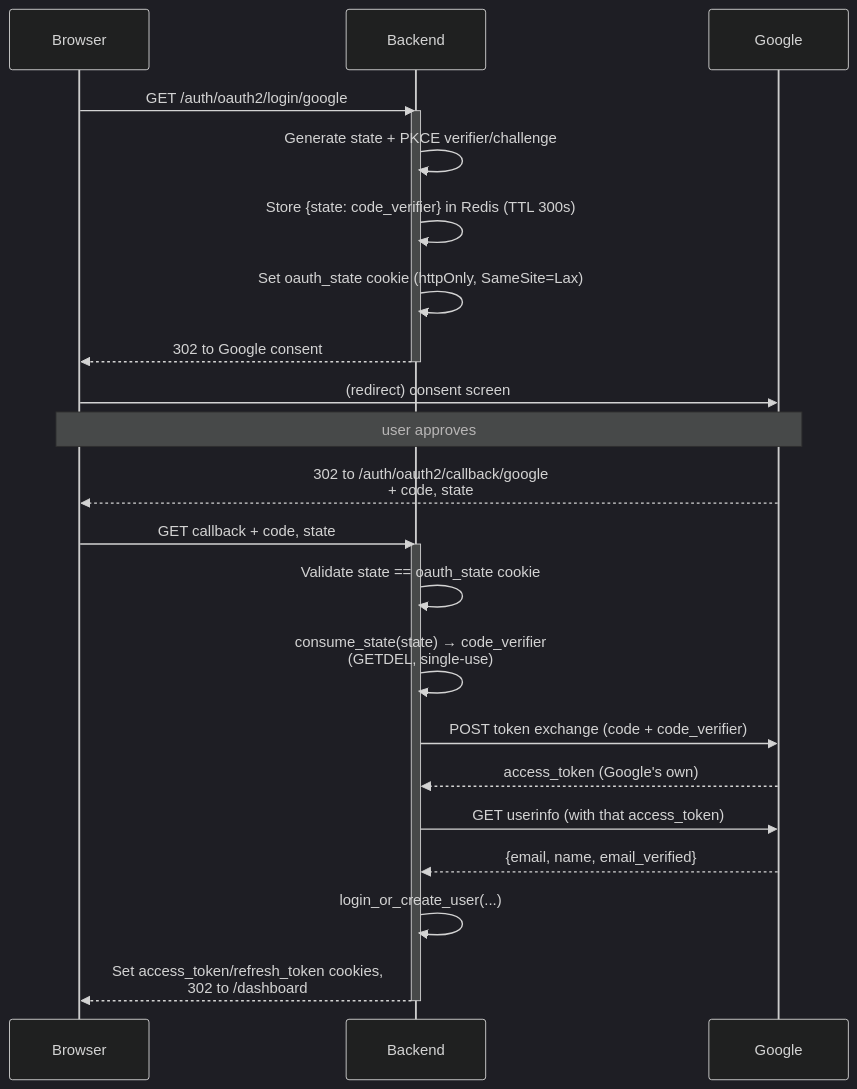
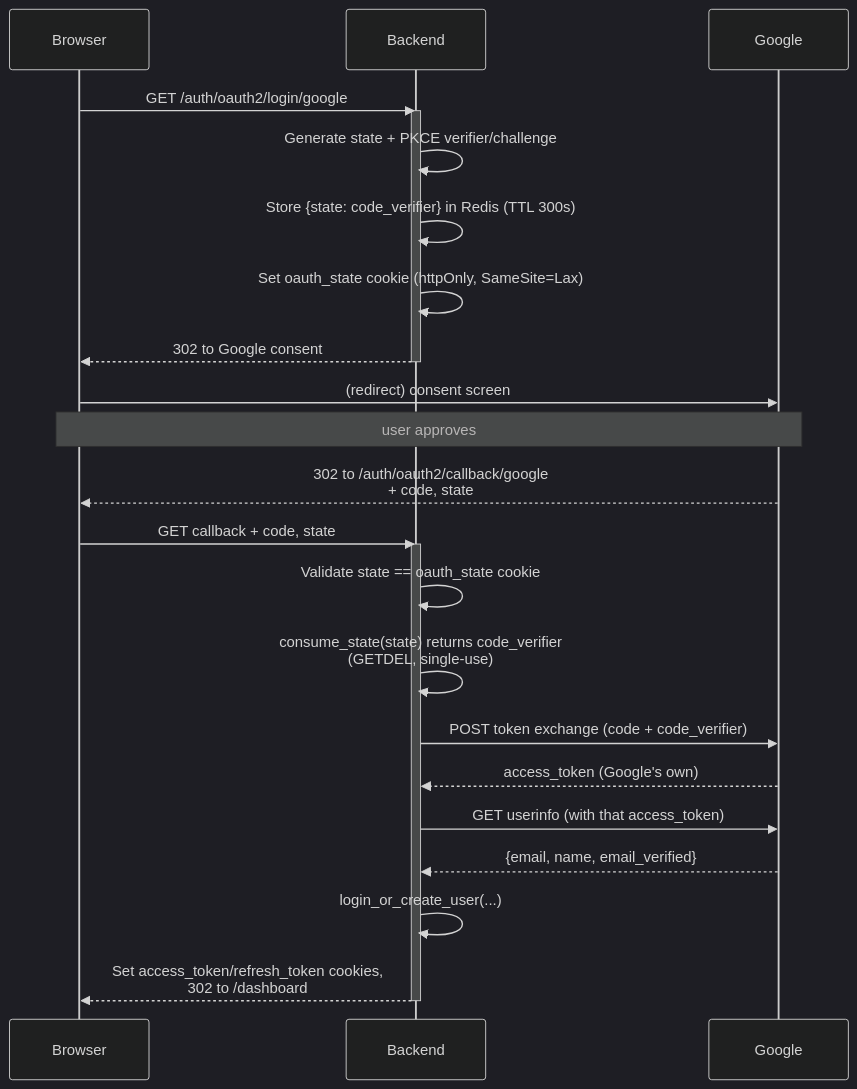
Before and after one commit to Nachiket-2024/mystic-auth: the diagram in docs/mystic_auth/authentication/oauth2-pkce.md, drawn with Mermaid (dark theme). The commit also changed other lines of this file and 112 other files, not shown here.

````diff
--- a/docs/mystic_auth/authentication/oauth2-pkce.md
+++ b/docs/mystic_auth/authentication/oauth2-pkce.md
@@ -22,30 +22,30 @@
 ```mermaid
 sequenceDiagram
     participant B as Browser
     participant S as Backend
     participant G as Google
 
     B->>S: GET /auth/oauth2/login/google
     activate S
     S->>S: Generate state + PKCE verifier/challenge
     S->>S: Store {state: code_verifier} in Redis (TTL 300s)
     S->>S: Set oauth_state cookie (httpOnly, SameSite=Lax)
     S-->>B: 302 to Google consent
     deactivate S
 
     B->>G: (redirect) consent screen
     Note over B,G: user approves
     G-->>B: 302 to /auth/oauth2/callback/google<br/>+ code, state
 
     B->>S: GET callback + code, state
     activate S
     S->>S: Validate state == oauth_state cookie
-    S->>S: consume_state(state) → code_verifier<br/>(GETDEL, single-use)
+    S->>S: consume_state(state) returns code_verifier<br/>(GETDEL, single-use)
     S->>G: POST token exchange (code + code_verifier)
     G-->>S: access_token (Google's own)
     S->>G: GET userinfo (with that access_token)
     G-->>S: {email, name, email_verified}
     S->>S: login_or_create_user(...)
     S-->>B: Set access_token/refresh_token cookies,<br/>302 to /dashboard
     deactivate S
 ```
````
